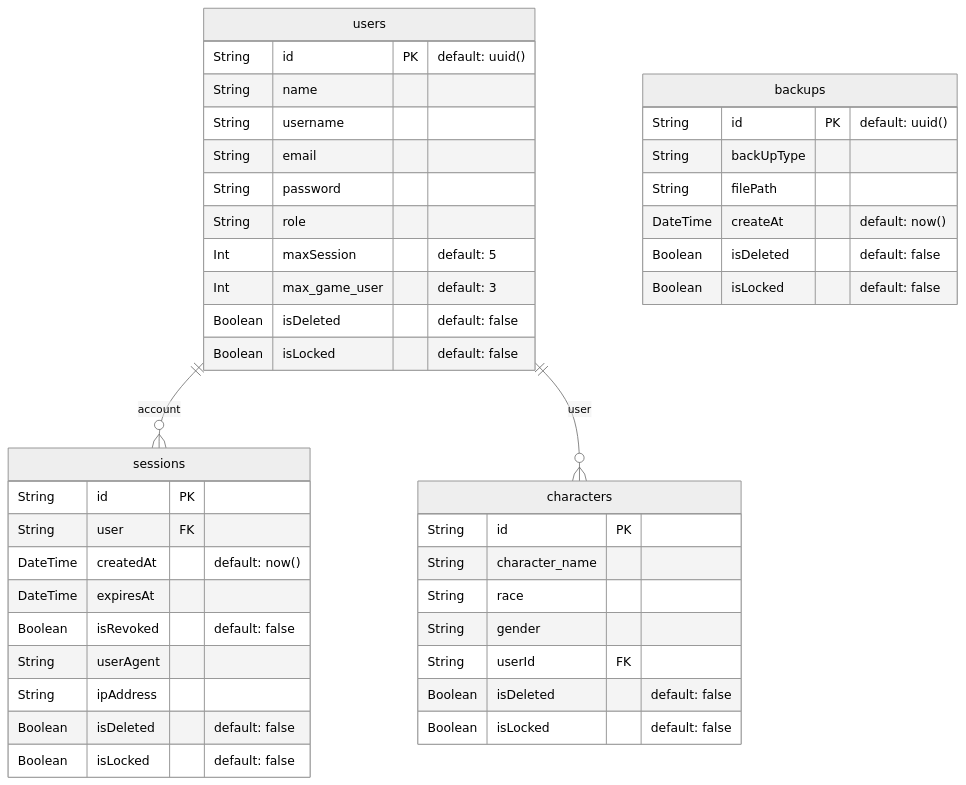
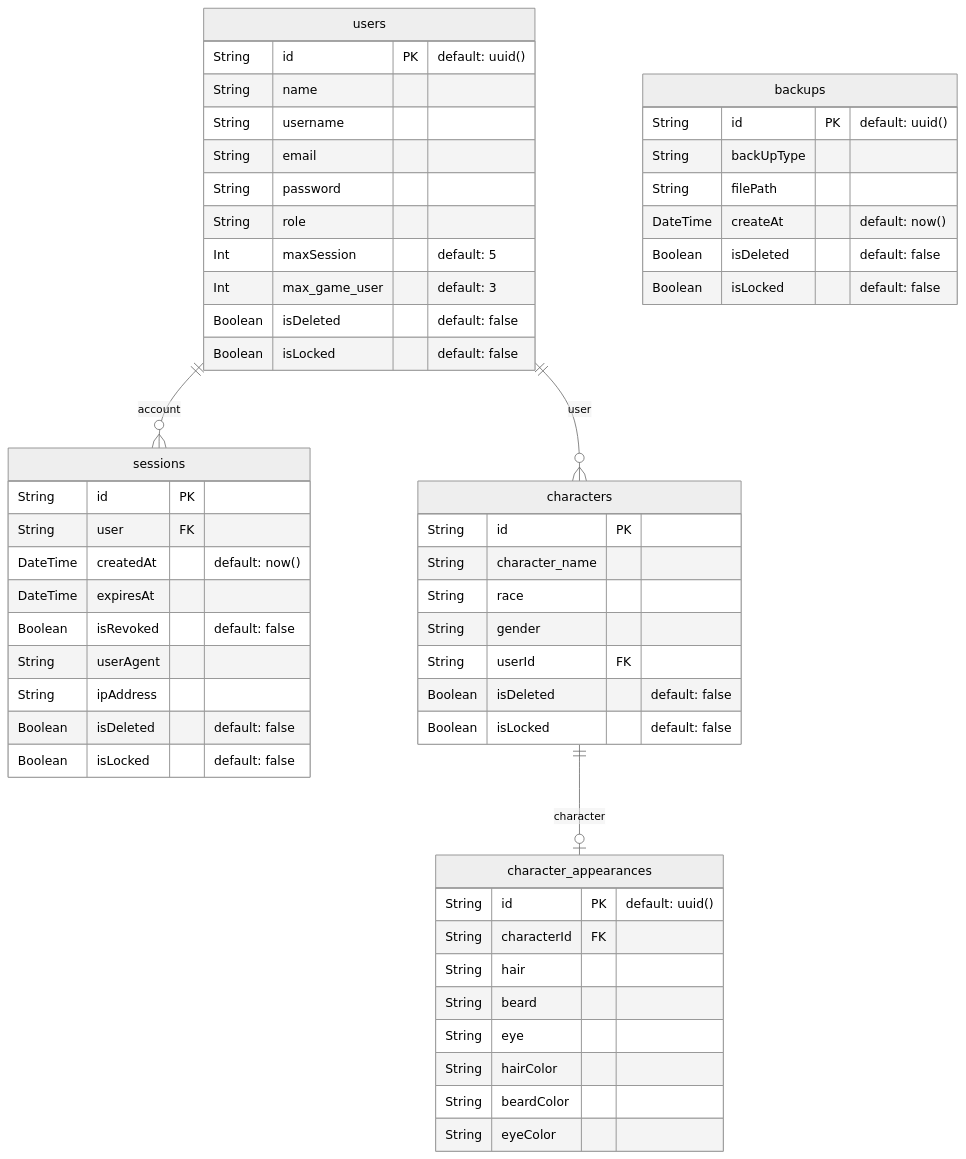
One commit to fortress-of-the-fallen/be-new changed the diagram in prisma/ERD-defaults.mmd. Above: the diagram before and after it, drawn with Mermaid (neutral theme). The commit also changed 12 other files, not shown here.

```diff
--- a/prisma/ERD-defaults.mmd
+++ b/prisma/ERD-defaults.mmd
@@ -1,43 +1,54 @@
 erDiagram
   "users" {
     String id PK "default: uuid()"
     String name
     String username
     String email
     String password
     String role
     Int maxSession  "default: 5"
     Int max_game_user  "default: 3"
     Boolean isDeleted  "default: false"
     Boolean isLocked  "default: false"
   }
   "sessions" {
     String id PK
     String user FK
     DateTime createdAt  "default: now()"
     DateTime expiresAt
     Boolean isRevoked  "default: false"
     String userAgent
     String ipAddress
     Boolean isDeleted  "default: false"
     Boolean isLocked  "default: false"
   }
   "characters" {
     String id PK
     String character_name
     String race
     String gender
     String userId FK
     Boolean isDeleted  "default: false"
     Boolean isLocked  "default: false"
   }
+  "character_appearances" {
+    String id PK "default: uuid()"
+    String characterId FK
+    String hair
+    String beard
+    String eye
+    String hairColor
+    String beardColor
+    String eyeColor
+  }
   "backups" {
     String id PK "default: uuid()"
     String backUpType
     String filePath
     DateTime createAt  "default: now()"
     Boolean isDeleted  "default: false"
     Boolean isLocked  "default: false"
   }
   "users" ||--o{ "sessions" : "account"
   "users" ||--o{ "characters" : "user"
+  "characters" ||--o| "character_appearances" : "character"
```
